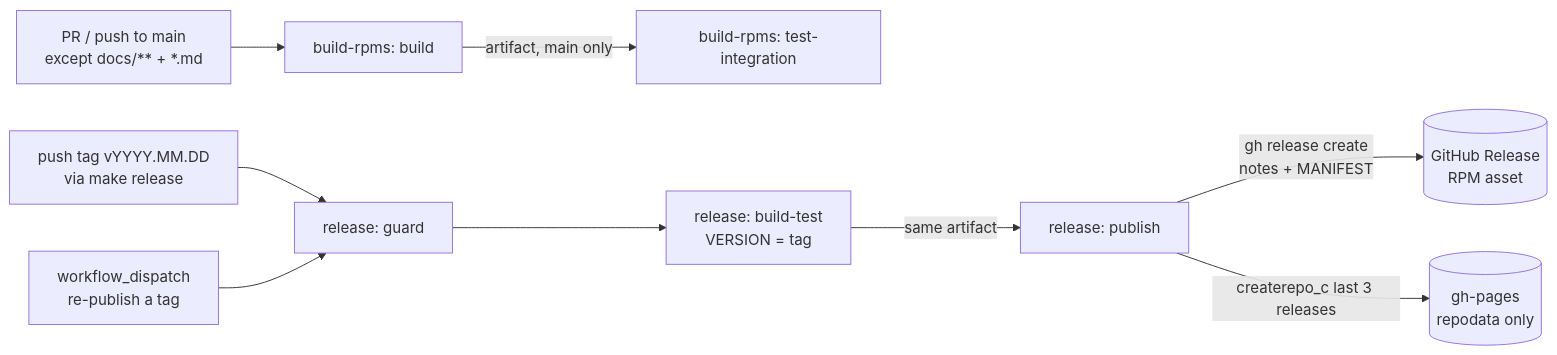
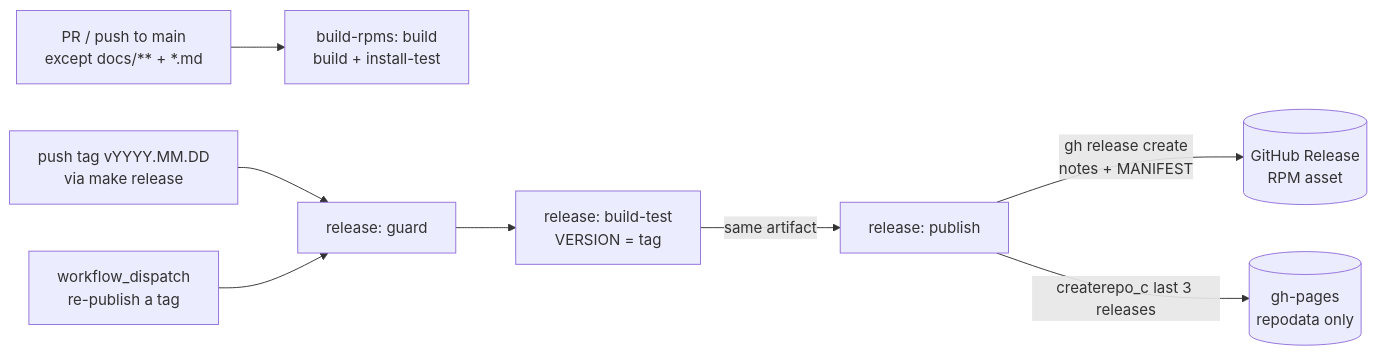
One commit to duynhlab/packages changed the second of 2 diagrams in docs/004-build.md. Above: the diagram before and after it, drawn with Mermaid. The commit also changed other lines of this file and 4 other files, not shown here.

First line of the commit message:
docs: redesign README + sync for nginx gateway / dropped integration test

````diff
--- a/docs/004-build.md
+++ b/docs/004-build.md
@@ -133,11 +128,10 @@
 ```mermaid
 flowchart LR
-  PR[PR / push to main<br/>except docs/** + *.md] --> B[build-rpms: build]
-  B -->|artifact, main only| S[build-rpms: test-integration]
+  PR[PR / push to main<br/>except docs/** + *.md] --> B[build-rpms: build<br/>build + install-test]
   TAG[push tag vYYYY.MM.DD<br/>via make release] --> G[release: guard]
   G --> BT[release: build-test<br/>VERSION = tag]
   BT -->|same artifact| PUB[release: publish]
   PUB -->|gh release create<br/>notes + MANIFEST| REL[(GitHub Release<br/>RPM asset)]
   PUB -->|createrepo_c last 3 releases| GH[(gh-pages<br/>repodata only)]
   MAN[workflow_dispatch<br/>re-publish a tag] --> G
 ```
````
